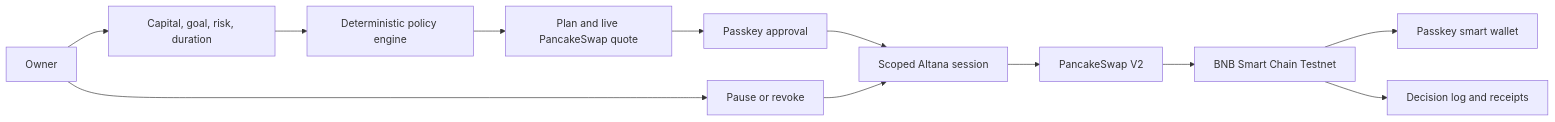
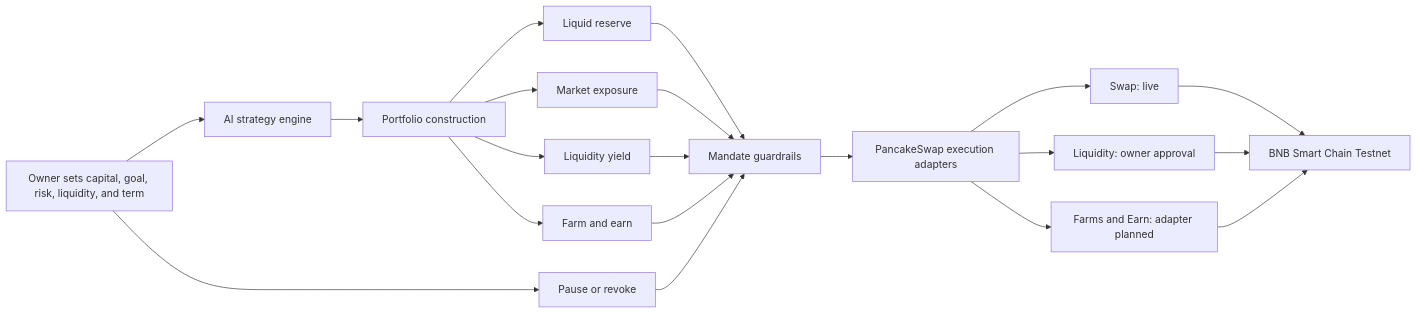
One commit to FeeeeelixWong/mandatefi changed the diagram in README.md. Above: the diagram before and after it, drawn with Mermaid. The commit also changed other lines of this file and 10 other files, not shown here.

Commit message:
feat: expand MandateFi into multi-strategy DeFi manager

````diff
--- a/README.md
+++ b/README.md
@@ -72,14 +17,22 @@
 ```mermaid
 flowchart LR
-  O["Owner"] --> I["Capital, goal, risk, duration"]
-  I --> E["Deterministic policy engine"]
-  E --> P["Plan and live PancakeSwap quote"]
-  P --> K["Passkey approval"]
-  K --> S["Scoped Altana session"]
-  S --> X["PancakeSwap V2"]
-  X --> B["BNB Smart Chain Testnet"]
-  B --> W["Passkey smart wallet"]
-  B --> D["Decision log and receipts"]
-  O --> R["Pause or revoke"]
-  R --> S
+  O["Owner sets capital, goal, risk, liquidity, and term"] --> A["AI strategy engine"]
+  A --> C["Portfolio construction"]
+  C --> R["Liquid reserve"]
+  C --> M["Market exposure"]
+  C --> L["Liquidity yield"]
+  C --> E["Farm and earn"]
+  R --> G["Mandate guardrails"]
+  M --> G
+  L --> G
+  E --> G
+  G --> X["PancakeSwap execution adapters"]
+  X --> S["Swap: live"]
+  X --> P["Liquidity: owner approval"]
+  X --> F["Farms and Earn: adapter planned"]
+  S --> B["BNB Smart Chain Testnet"]
+  P --> B
+  F --> B
+  O --> V["Pause or revoke"]
+  V --> G
 ```
````
